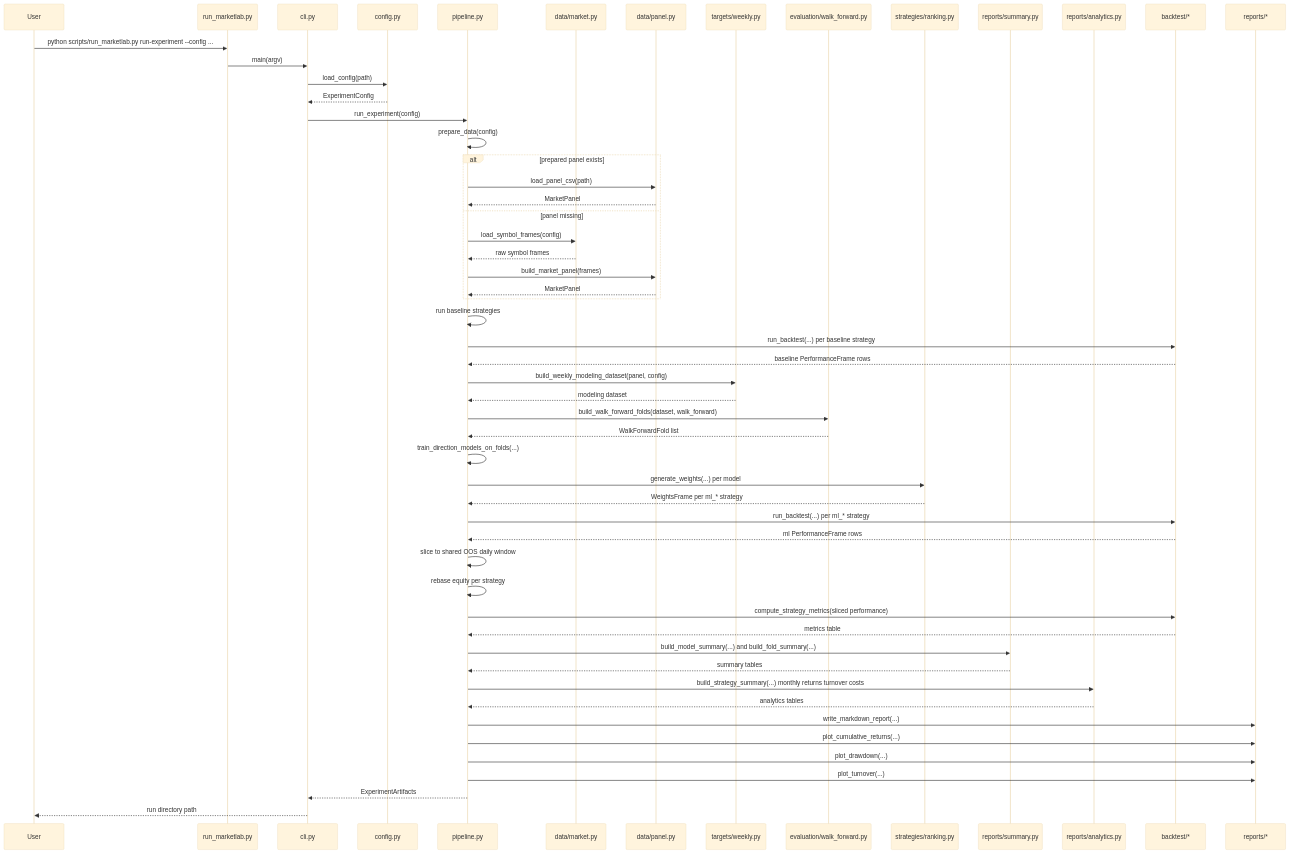
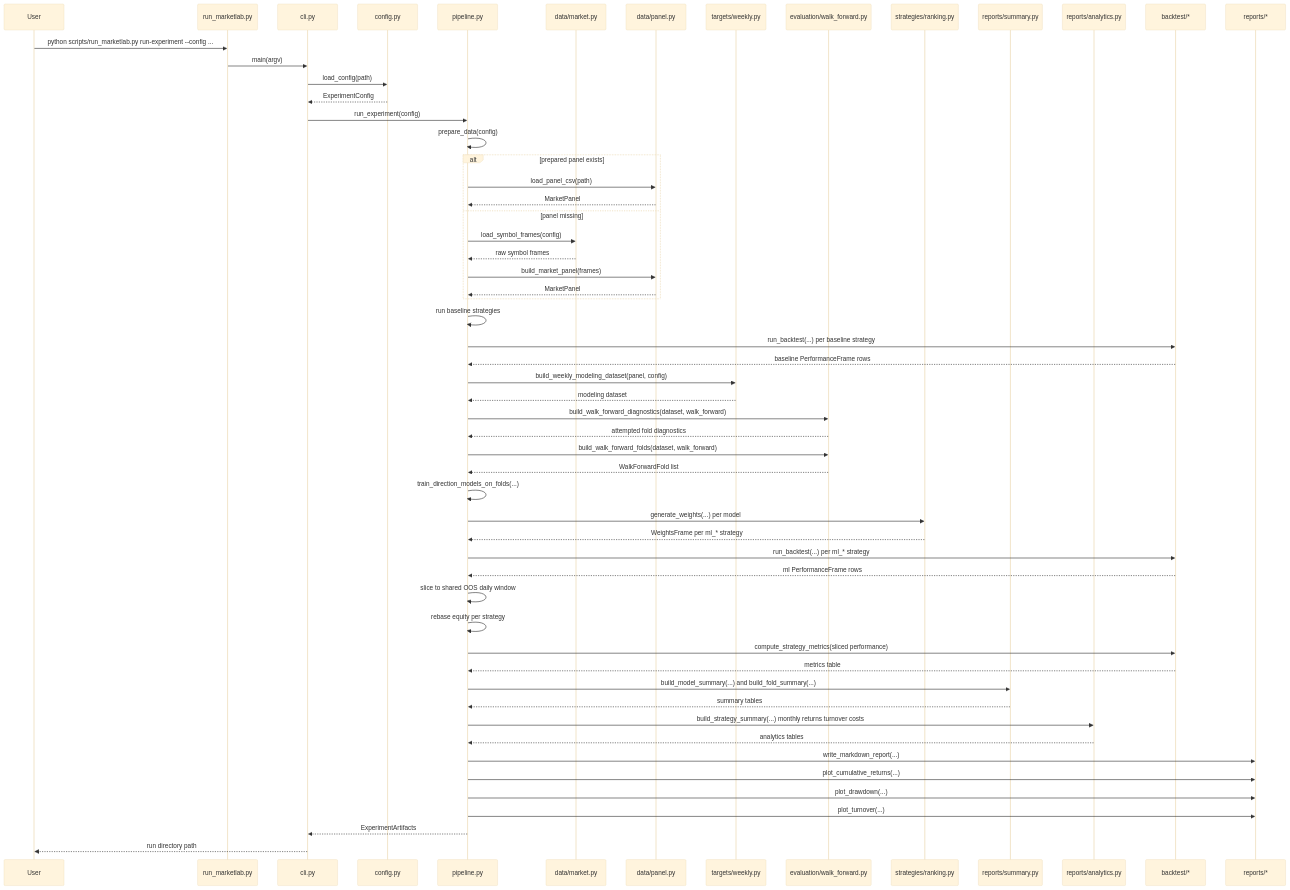
One commit to ricardogr07/market-lab changed the fourth of 6 diagrams in ARCHITECTURE.md. Above: the diagram before and after it, drawn with Mermaid (base theme). The commit also changed other lines of this file and 2 other files, not shown here.

Commit message:
feat: surface walk-forward diagnostics in reporting

````diff
--- a/ARCHITECTURE.md
+++ b/ARCHITECTURE.md
@@ -149,61 +150,63 @@
 ```mermaid
 sequenceDiagram
     participant U as User
     participant L as run_marketlab.py
     participant C as cli.py
     participant CFG as config.py
     participant P as pipeline.py
     participant M as data/market.py
     participant N as data/panel.py
     participant T as targets/weekly.py
     participant E as evaluation/walk_forward.py
     participant RANK as strategies/ranking.py
     participant SUM as reports/summary.py
     participant AN as reports/analytics.py
     participant B as backtest/*
     participant R as reports/*
 
     U->>L: python scripts/run_marketlab.py run-experiment --config ...
     L->>C: main(argv)
     C->>CFG: load_config(path)
     CFG-->>C: ExperimentConfig
     C->>P: run_experiment(config)
     P->>P: prepare_data(config)
 
     alt prepared panel exists
         P->>N: load_panel_csv(path)
         N-->>P: MarketPanel
     else panel missing
         P->>M: load_symbol_frames(config)
         M-->>P: raw symbol frames
         P->>N: build_market_panel(frames)
         N-->>P: MarketPanel
     end
 
     P->>P: run baseline strategies
     P->>B: run_backtest(...) per baseline strategy
     B-->>P: baseline PerformanceFrame rows
     P->>T: build_weekly_modeling_dataset(panel, config)
     T-->>P: modeling dataset
+    P->>E: build_walk_forward_diagnostics(dataset, walk_forward)
+    E-->>P: attempted fold diagnostics
     P->>E: build_walk_forward_folds(dataset, walk_forward)
     E-->>P: WalkForwardFold list
     P->>P: train_direction_models_on_folds(...)
     P->>RANK: generate_weights(...) per model
     RANK-->>P: WeightsFrame per ml_* strategy
     P->>B: run_backtest(...) per ml_* strategy
     B-->>P: ml PerformanceFrame rows
     P->>P: slice to shared OOS daily window
     P->>P: rebase equity per strategy
     P->>B: compute_strategy_metrics(sliced performance)
     B-->>P: metrics table
     P->>SUM: build_model_summary(...) and build_fold_summary(...)
     SUM-->>P: summary tables
     P->>AN: build_strategy_summary(...) monthly returns turnover costs
     AN-->>P: analytics tables
     P->>R: write_markdown_report(...)
     P->>R: plot_cumulative_returns(...)
     P->>R: plot_drawdown(...)
     P->>R: plot_turnover(...)
     P-->>C: ExperimentArtifacts
     C-->>U: run directory path
 ```
````
